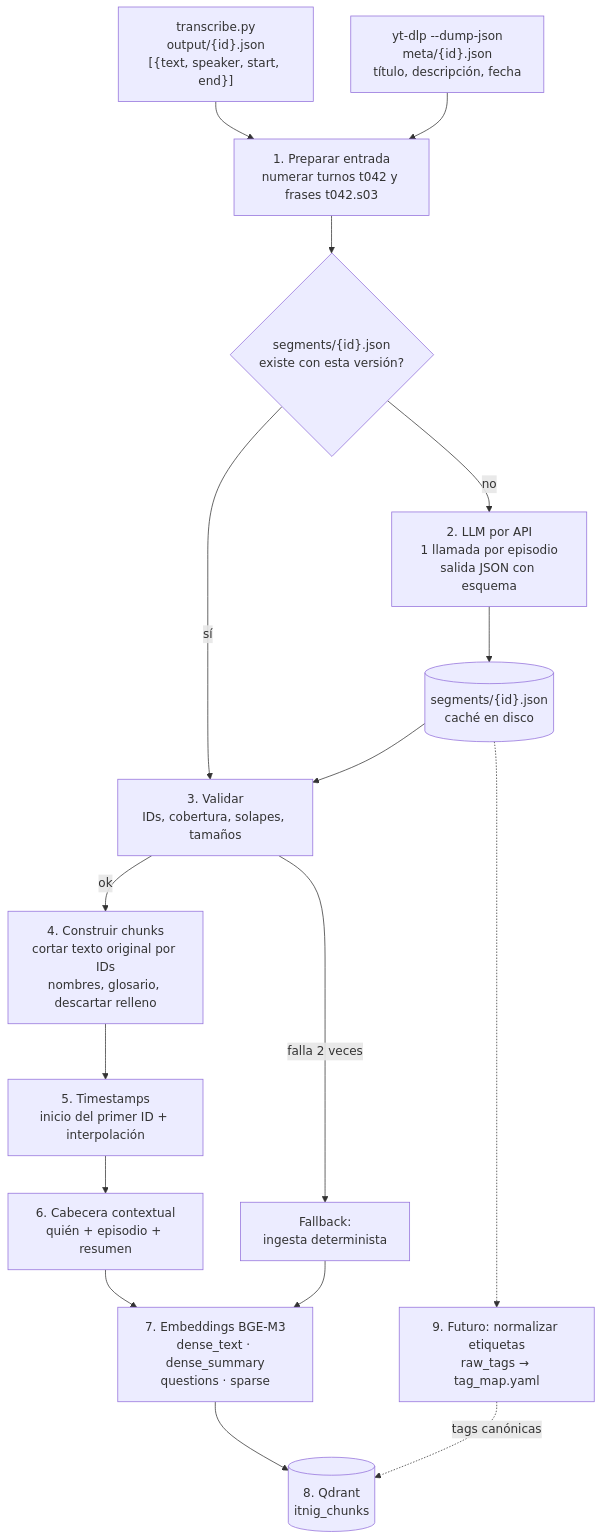
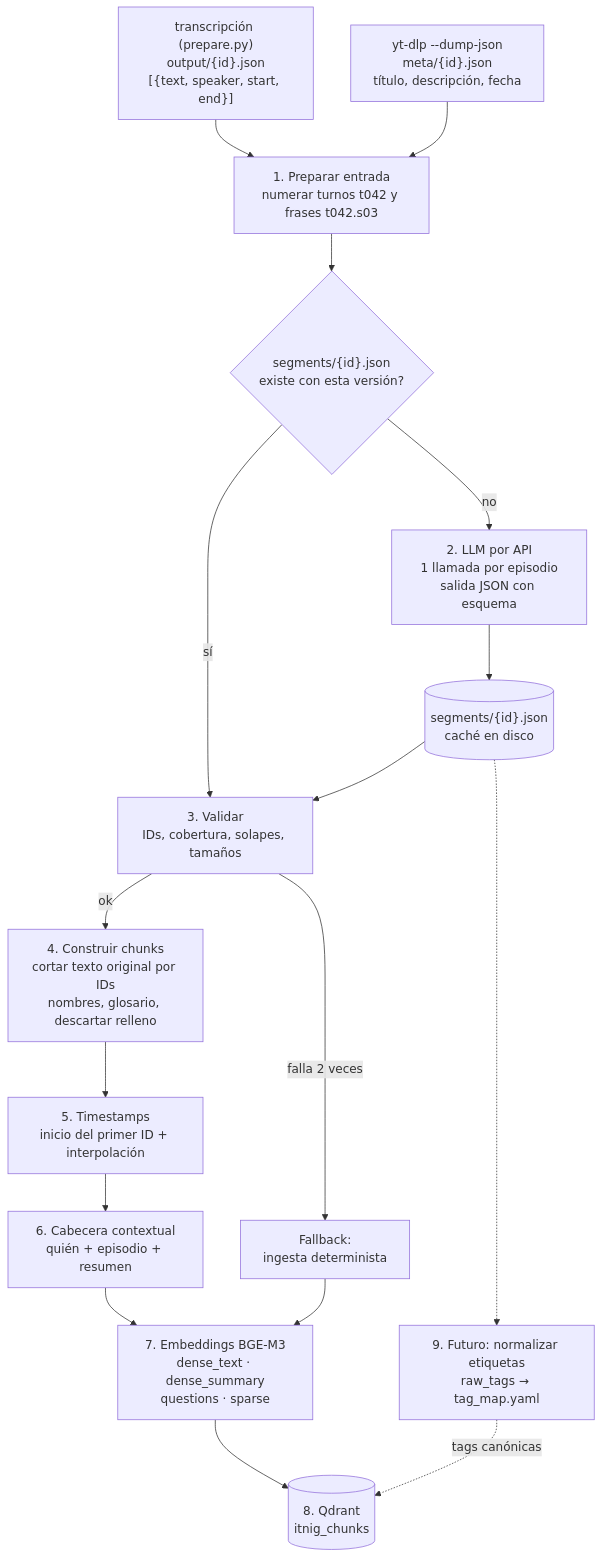
The diagram in docs/ingesta-llm.md (1995es/startup-interviews-rag), drawn with Mermaid before and after one commit. The commit also changed other lines of this file and 31 other files, not shown here.

````diff
--- a/docs/ingesta-llm.md
+++ b/docs/ingesta-llm.md
@@ -8,20 +8,20 @@
 ```mermaid
 flowchart TD
-    A["transcribe.py<br/>output/{id}.json<br/>[{text, speaker, start, end}]"] --> C
+    A["transcripción (prepare.py)<br/>output/{id}.json<br/>[{text, speaker, start, end}]"] --> C
     B["yt-dlp --dump-json<br/>meta/{id}.json<br/>título, descripción, fecha"] --> C
 
     C["1. Preparar entrada<br/>numerar turnos t042 y frases t042.s03"] --> D
     D{"segments/{id}.json<br/>existe con esta versión?"} -->|sí| F
     D -->|no| E["2. LLM por API<br/>1 llamada por episodio<br/>salida JSON con esquema"]
     E --> S[("segments/{id}.json<br/>caché en disco")]
     S --> F["3. Validar<br/>IDs, cobertura, solapes, tamaños"]
     F -->|falla 2 veces| FB["Fallback:<br/>ingesta determinista"]
     F -->|ok| G["4. Construir chunks<br/>cortar texto original por IDs<br/>nombres, glosario, descartar relleno"]
     G --> H["5. Timestamps<br/>inicio del primer ID + interpolación"]
     H --> I["6. Cabecera contextual<br/>quién + episodio + resumen"]
     I --> J["7. Embeddings BGE-M3<br/>dense_text · dense_summary<br/>questions · sparse"]
     FB --> J
     J --> K[("8. Qdrant<br/>itnig_chunks")]
     S -.-> N["9. Futuro: normalizar etiquetas<br/>raw_tags → tag_map.yaml"]
     N -.->|tags canónicas| K
 ```
````
